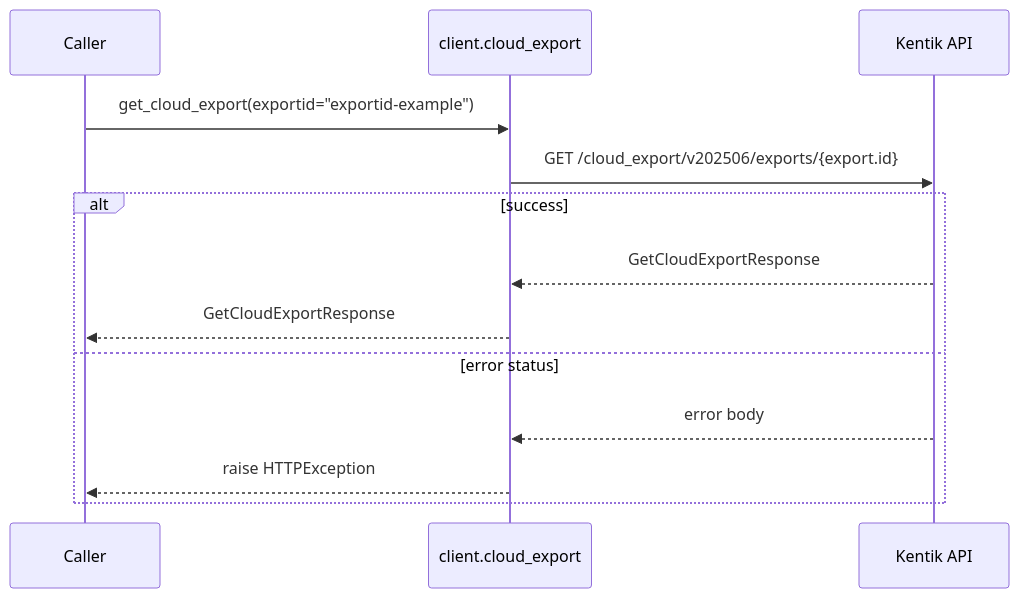
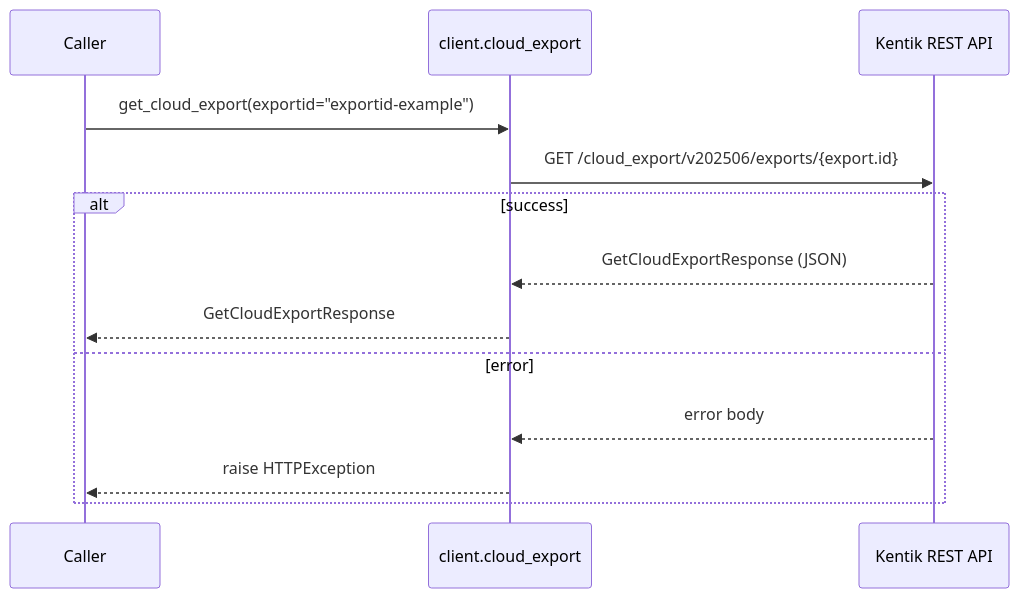
Before and after one commit to alexdearaujo/community_sdk_python: the sixth of 12 diagrams in docs/sphinx/services/cloud_export.md, drawn with Mermaid. The commit also changed other lines of this file and 61 other files, not shown here.

````diff
--- a/docs/sphinx/services/cloud_export.md
+++ b/docs/sphinx/services/cloud_export.md
@@ -125,16 +177,16 @@
 ```mermaid
 sequenceDiagram
     participant C as Caller
     participant W as client.cloud_export
-    participant API as Kentik API
+    participant API as Kentik REST API
 
     C->>W: get_cloud_export(exportid="exportid-example")
     W->>API: GET /cloud_export/v202506/exports/{export.id}
     alt success
-        API-->>W: GetCloudExportResponse
+        API-->>W: GetCloudExportResponse (JSON)
         W-->>C: GetCloudExportResponse
-    else error status
+    else error
         API-->>W: error body
         W-->>C: raise HTTPException
     end
 ```
````
